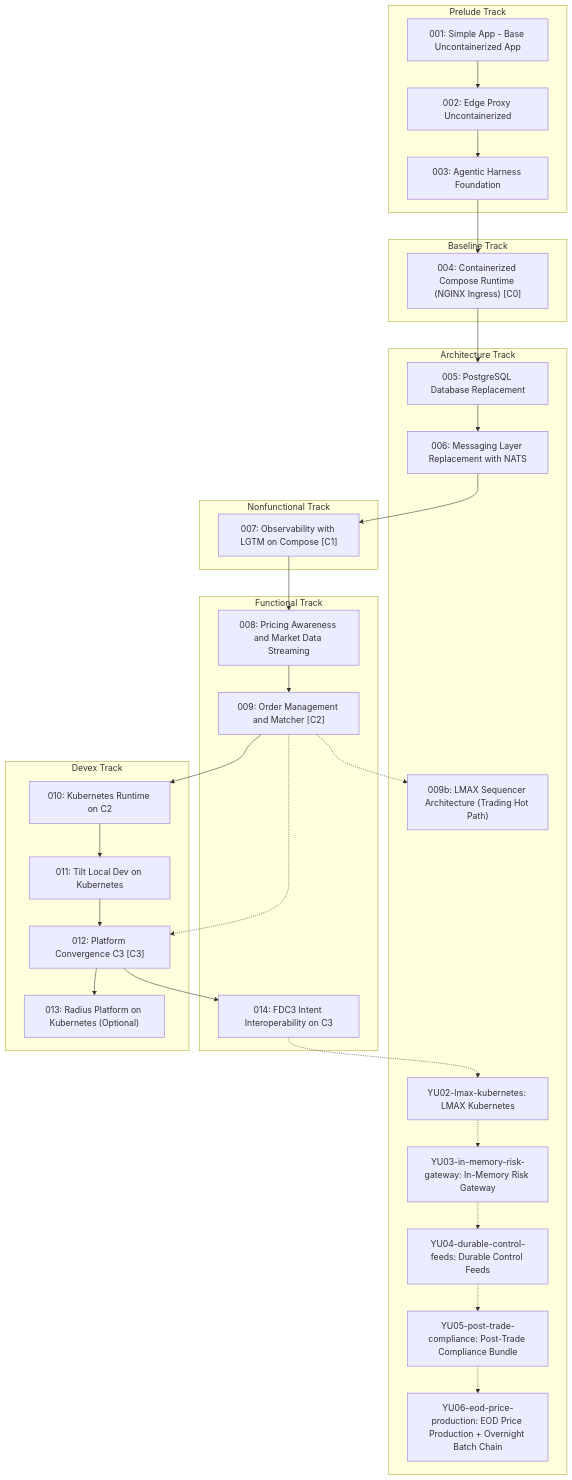
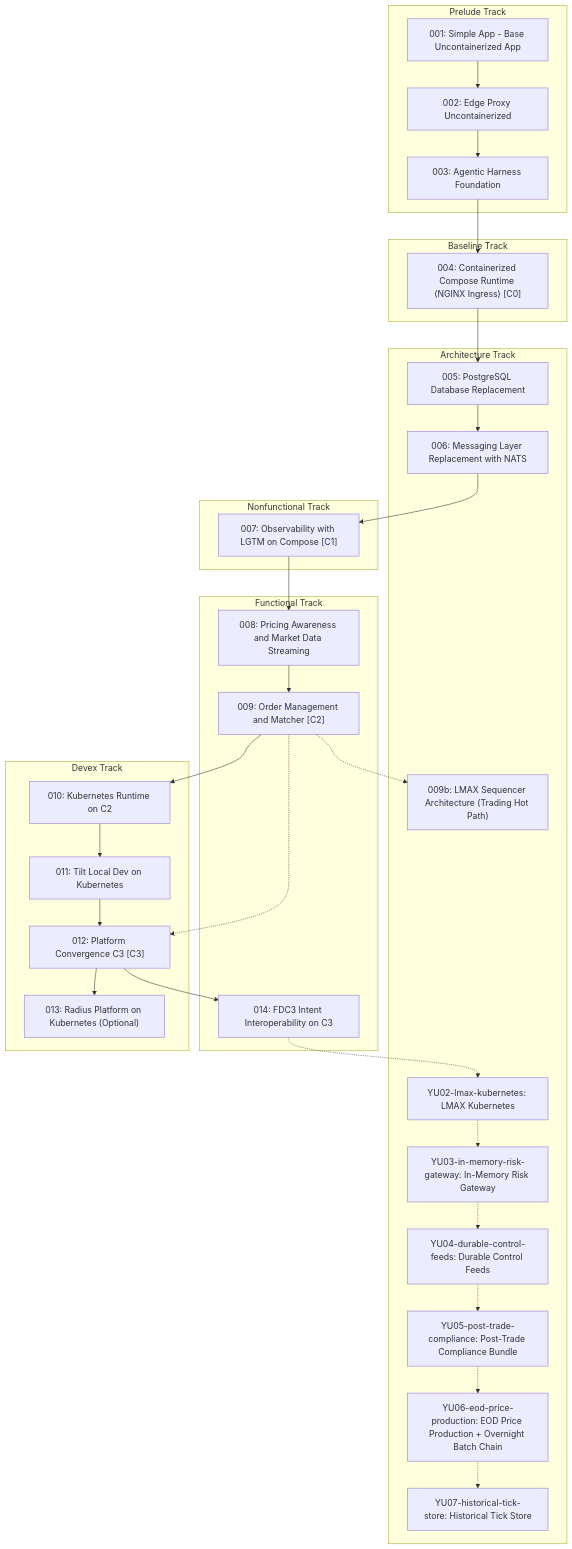
Before and after one commit to YU-CS-Summer-2026-Distributed-TraderX/traderX: the third of 3 diagrams in docs/learning-paths/index.md, drawn with Mermaid. The commit also changed other lines of this file and 49 other files, not shown here.

First line of the commit message:
YU07-historical-tick-store: tick capture, TAQ quotes ingestion, entitlement-gate forward-port

````diff
--- a/docs/learning-paths/index.md
+++ b/docs/learning-paths/index.md
@@ -132,56 +136,58 @@
 ```mermaid
 flowchart TB
   subgraph PRELUDE["Prelude Track"]
     S001_baseline_uncontainerized_parity["001: Simple App - Base Uncontainerized App"]
     S002_edge_proxy_uncontainerized["002: Edge Proxy Uncontainerized"]
     S003_agentic_harness_foundation["003: Agentic Harness Foundation"]
   end
   subgraph BASELINE["Baseline Track"]
     S004_containerized_compose_runtime["004: Containerized Compose Runtime (NGINX Ingress) [C0]"]
   end
   subgraph ARCHITECTURE["Architecture Track"]
     S005_postgres_database_replacement["005: PostgreSQL Database Replacement"]
     S006_messaging_nats_replacement["006: Messaging Layer Replacement with NATS"]
     S009b_lmax_sequencer_architecture["009b: LMAX Sequencer Architecture (Trading Hot Path)"]
     SYU02_lmax_kubernetes["YU02-lmax-kubernetes: LMAX Kubernetes"]
     SYU03_in_memory_risk_gateway["YU03-in-memory-risk-gateway: In-Memory Risk Gateway"]
     SYU04_durable_control_feeds["YU04-durable-control-feeds: Durable Control Feeds"]
     SYU05_post_trade_compliance["YU05-post-trade-compliance: Post-Trade Compliance Bundle"]
     SYU06_eod_price_production["YU06-eod-price-production: EOD Price Production + Overnight Batch Chain"]
+    SYU07_historical_tick_store["YU07-historical-tick-store: Historical Tick Store"]
   end
   subgraph NONFUNCTIONAL["Nonfunctional Track"]
     S007_observability_lgtm_compose["007: Observability with LGTM on Compose [C1]"]
   end
   subgraph FUNCTIONAL["Functional Track"]
     S008_pricing_awareness_market_data["008: Pricing Awareness and Market Data Streaming"]
     S009_order_management_matcher["009: Order Management and Matcher [C2]"]
     S014_fdc3_intent_interoperability["014: FDC3 Intent Interoperability on C3"]
   end
   subgraph DEVEX["Devex Track"]
     S010_kubernetes_runtime["010: Kubernetes Runtime on C2"]
     S011_tilt_kubernetes_dev_loop["011: Tilt Local Dev on Kubernetes"]
     S012_platform_convergence_c3["012: Platform Convergence C3 [C3]"]
     S013_radius_kubernetes_platform["013: Radius Platform on Kubernetes (Optional)"]
   end
   S001_baseline_uncontainerized_parity --> S002_edge_proxy_uncontainerized
   S002_edge_proxy_uncontainerized --> S003_agentic_harness_foundation
   S003_agentic_harness_foundation --> S004_containerized_compose_runtime
   S004_containerized_compose_runtime --> S005_postgres_database_replacement
   S005_postgres_database_replacement --> S006_messaging_nats_replacement
   S006_messaging_nats_replacement --> S007_observability_lgtm_compose
   S007_observability_lgtm_compose --> S008_pricing_awareness_market_data
   S008_pricing_awareness_market_data --> S009_order_management_matcher
   S009_order_management_matcher -.-> S009b_lmax_sequencer_architecture
   S009_order_management_matcher --> S010_kubernetes_runtime
   S010_kubernetes_runtime --> S011_tilt_kubernetes_dev_loop
   S011_tilt_kubernetes_dev_loop --> S012_platform_convergence_c3
   S012_platform_convergence_c3 --> S013_radius_kubernetes_platform
   S012_platform_convergence_c3 --> S014_fdc3_intent_interoperability
   S014_fdc3_intent_interoperability -.-> SYU02_lmax_kubernetes
   SYU02_lmax_kubernetes -.-> SYU03_in_memory_risk_gateway
   SYU03_in_memory_risk_gateway -.-> SYU04_durable_control_feeds
   SYU04_durable_control_feeds -.-> SYU05_post_trade_compliance
   SYU05_post_trade_compliance -.-> SYU06_eod_price_production
+  SYU06_eod_price_production -.-> SYU07_historical_tick_store
   S009_order_management_matcher -.-> S012_platform_convergence_c3
   classDef convergence fill:#d7f5dd,stroke:#2e7d32,stroke-width:2px
 ```
````
